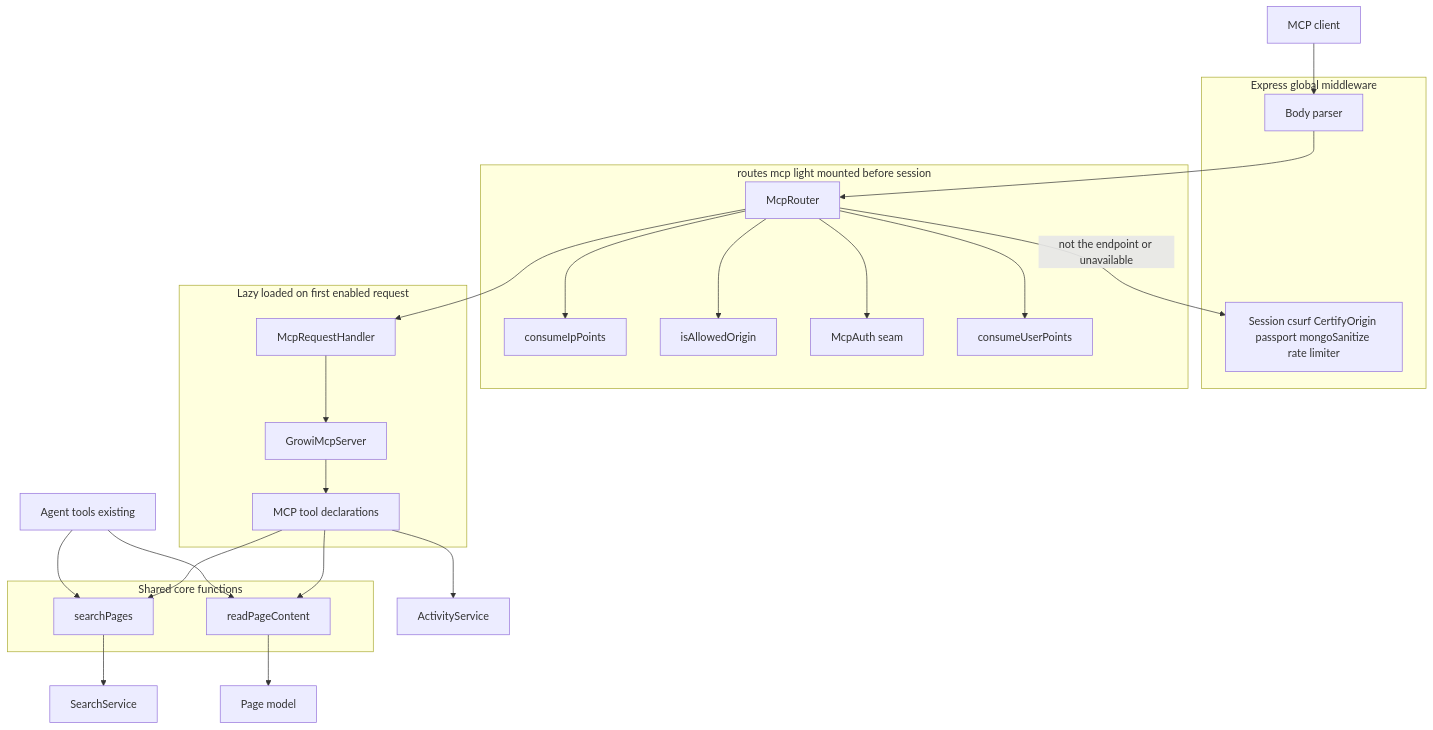
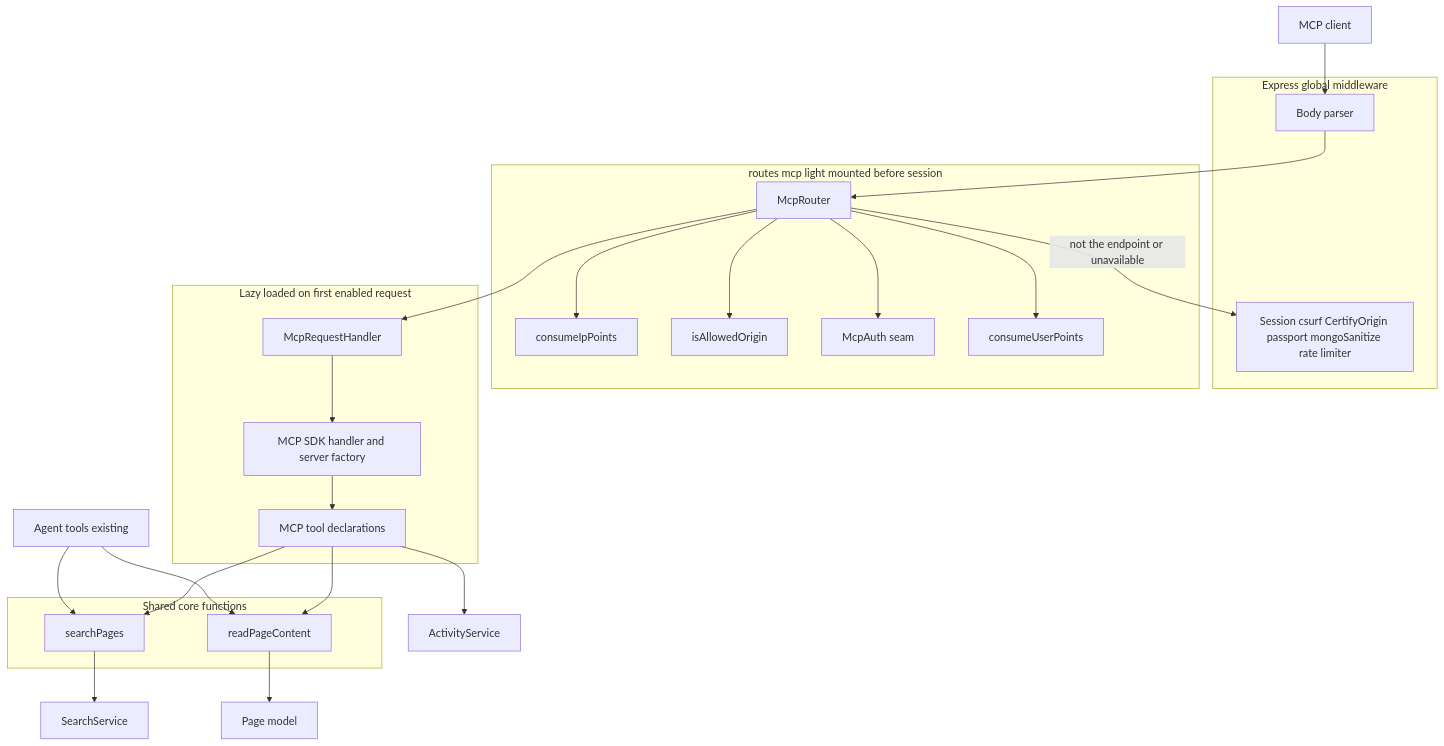
One commit to growilabs/growi changed the first of 3 diagrams in .kiro/specs/remote-mcp-server-route/design.md. Above: the diagram before and after it, drawn with Mermaid. The commit also changed other lines of this file and 4 other files, not shown here.

First line of the commit message:
Refactor MCP server integration to utilize the official TypeScript SDK

````diff
--- a/.kiro/specs/remote-mcp-server-route/design.md
+++ b/.kiro/specs/remote-mcp-server-route/design.md
@@ -92,45 +93,45 @@
 ```mermaid
 graph TB
     Client[MCP client]
     subgraph Global[Express global middleware]
         Body[Body parser]
         Rest[Session csurf CertifyOrigin passport mongoSanitize rate limiter]
     end
     subgraph Route[routes mcp light mounted before session]
         Router[McpRouter]
         IpLimit[consumeIpPoints]
         OriginCheck[isAllowedOrigin]
         Auth[McpAuth seam]
         UserLimit[consumeUserPoints]
     end
     subgraph Lazy[Lazy loaded on first enabled request]
         Handler[McpRequestHandler]
-        Server[GrowiMcpServer]
+        Server[MCP SDK handler and server factory]
         Tools[MCP tool declarations]
     end
     subgraph Shared[Shared core functions]
         Search[searchPages]
         Read[readPageContent]
     end
     AgentTools[Agent tools existing]
     Activity[ActivityService]
     SearchService[SearchService]
     PageModel[Page model]
 
     Client --> Body --> Router
     Router -->|not the endpoint or unavailable| Rest
     Router --> IpLimit
     Router --> OriginCheck
     Router --> Auth
     Router --> UserLimit
     Router --> Handler
     Handler --> Server
     Server --> Tools
     Tools --> Search
     Tools --> Read
     Tools --> Activity
     AgentTools --> Search
     AgentTools --> Read
     Search --> SearchService
     Read --> PageModel
 ```
````
